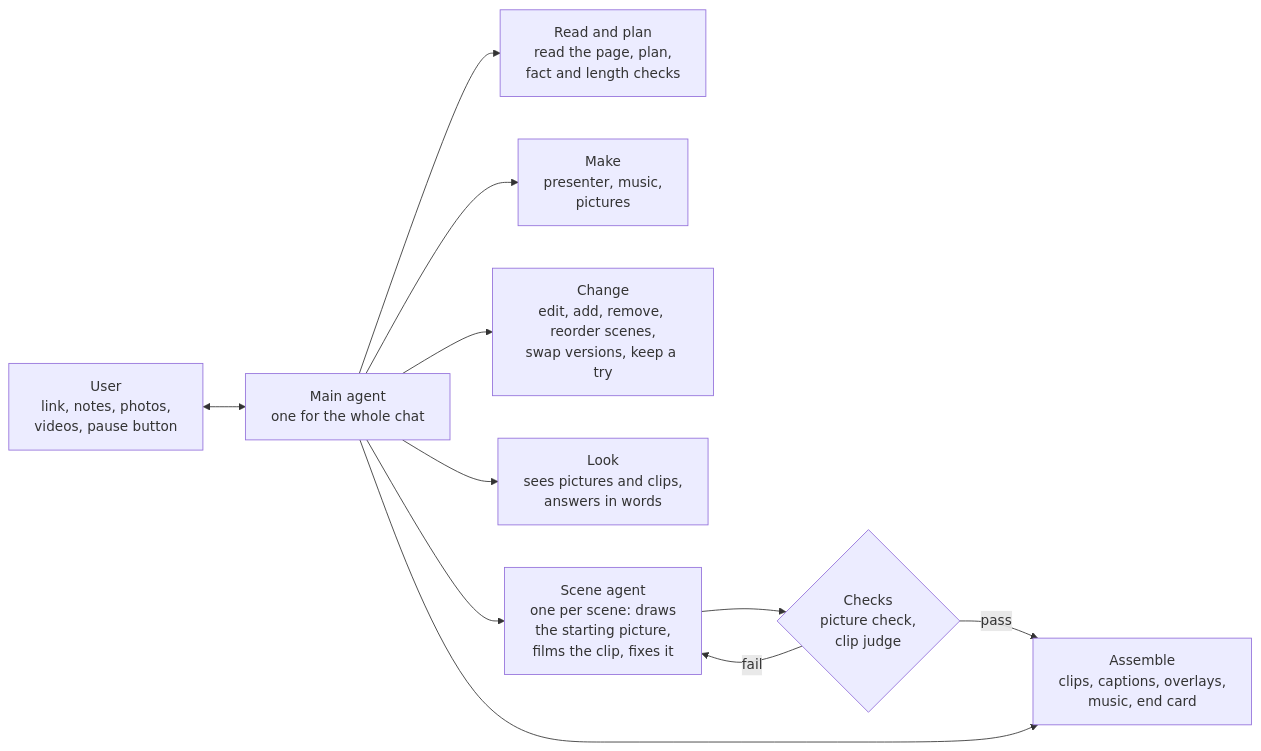
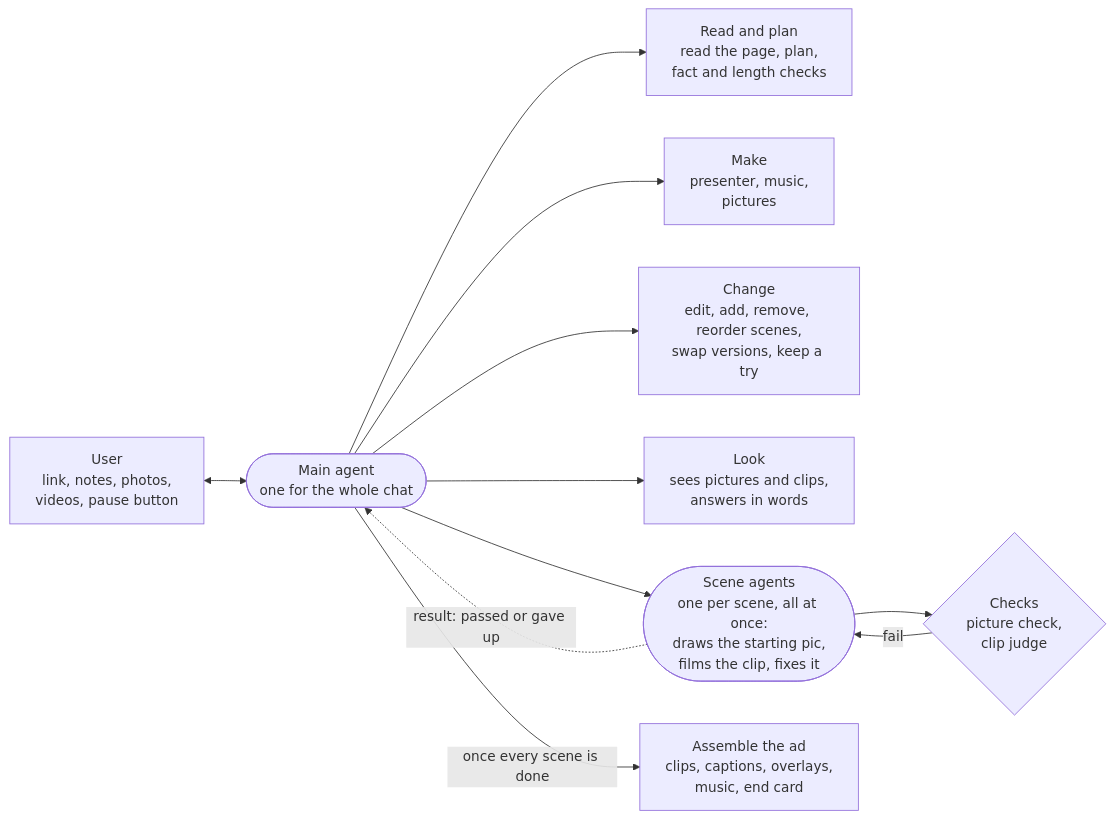
One commit to Julian-Win-Stack/adforge changed the diagram in docs/readme/how-it-works.mmd. Above: the diagram before and after it, drawn with Mermaid. The commit also changed 3 other files, not shown here.

First line of the commit message:
Show the main agent and scene agents clearly in the README (#735)

```diff
--- a/docs/readme/how-it-works.mmd
+++ b/docs/readme/how-it-works.mmd
@@ -1,11 +1,12 @@
+%%{init: {"fontFamily": "Inter"}}%%
 flowchart LR
-    O[User<br/>link, notes, photos,<br/>videos, pause button] <--> P[Main agent<br/>one for the whole chat]
+    O[User<br/>link, notes, photos,<br/>videos, pause button] <--> P(["Main agent<br/>one for the whole chat"])
     P --> R[Read and plan<br/>read the page, plan,<br/>fact and length checks]
     P --> M[Make<br/>presenter, music,<br/>pictures]
     P --> E[Change<br/>edit, add, remove, reorder scenes,<br/>swap versions, keep a try]
     P --> L[Look<br/>sees pictures and clips,<br/>answers in words]
-    P --> S[Scene agent<br/>one per scene: draws<br/>the starting picture,<br/>films the clip, fixes it]
+    P --> S(["Scene agents<br/>one per scene, all at once:<br/>draws the starting pic,<br/>films the clip, fixes it"])
+    S -. "result: passed or gave up" .-> P
     S --> C{Checks<br/>picture check,<br/>clip judge}
     C -- fail --> S
-    C -- pass --> A[Assemble<br/>clips, captions, overlays,<br/>music, end card]
-    P --> A
+    P -- "once every scene is done" --> A[Assemble the ad<br/>clips, captions, overlays,<br/>music, end card]
```
